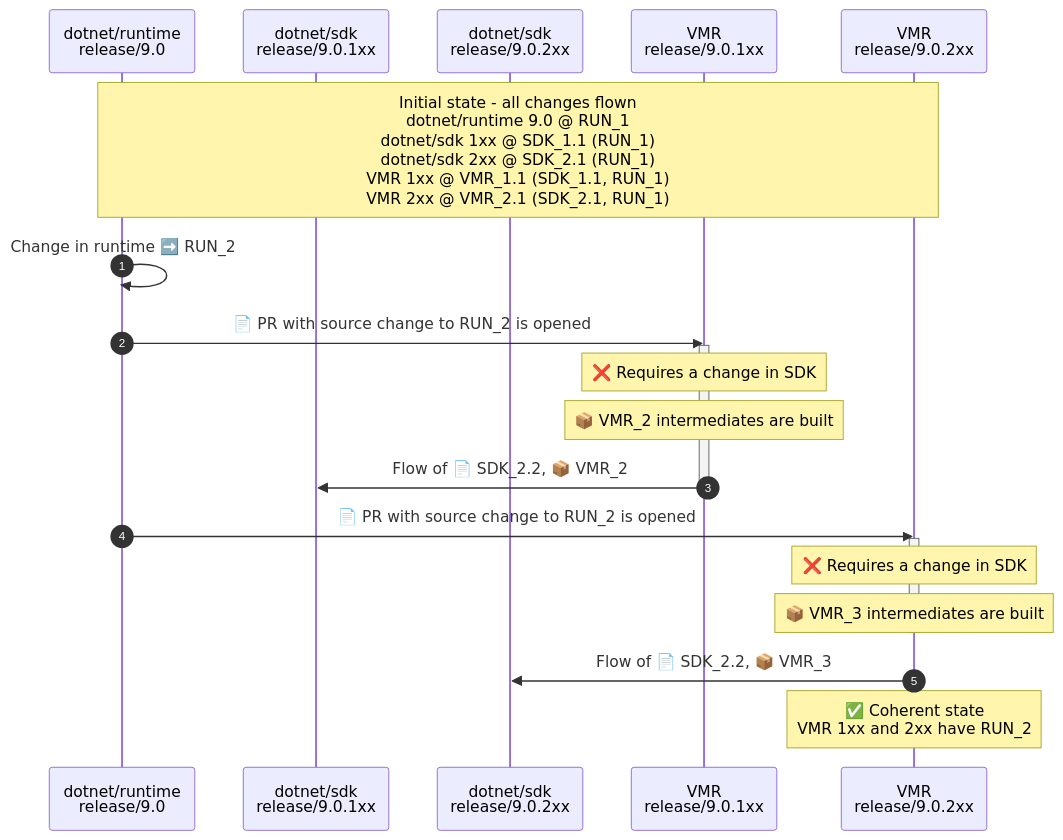
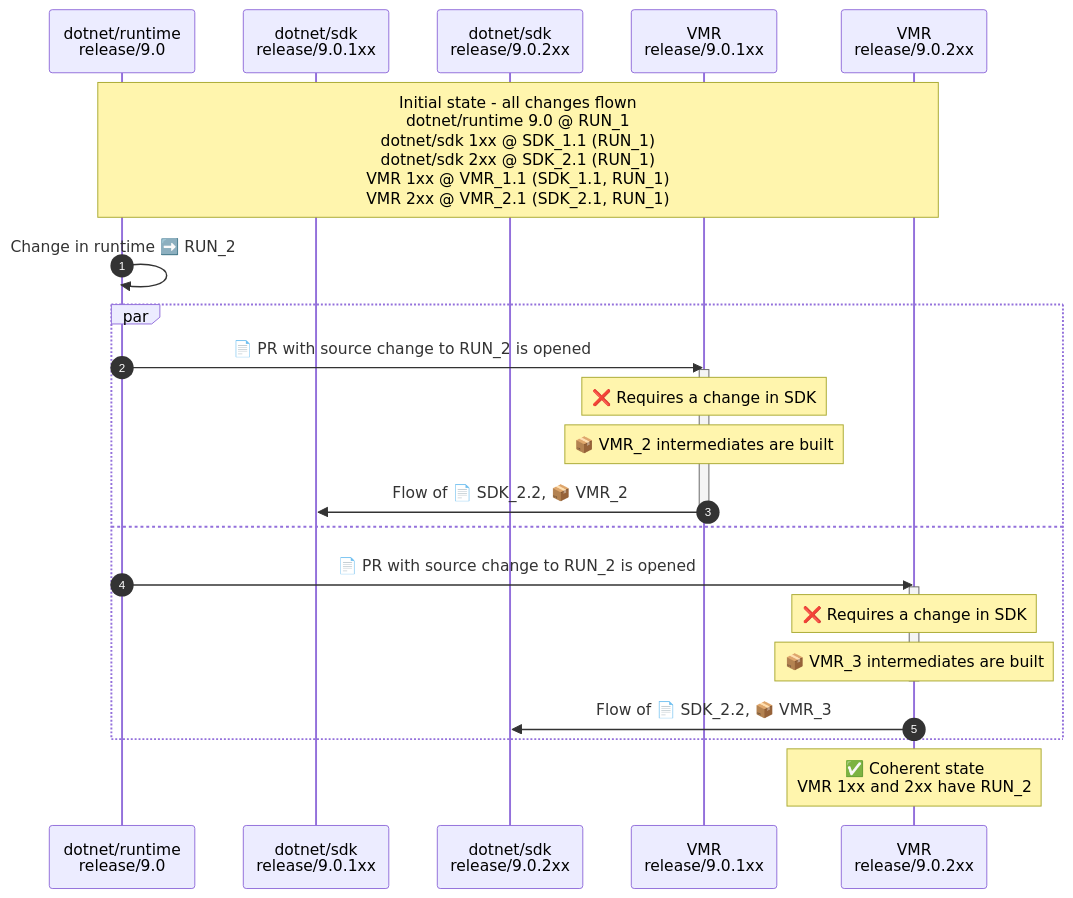
One commit to dotnet/arcade changed the seventh of 8 diagrams in Documentation/UnifiedBuild/VMR-Managing-SDK-Bands.md. Above: the diagram before and after it, drawn with Mermaid. The commit also changed other lines of this file, not shown here.

````diff
--- a/Documentation/UnifiedBuild/VMR-Managing-SDK-Bands.md
+++ b/Documentation/UnifiedBuild/VMR-Managing-SDK-Bands.md
@@ -339,31 +343,33 @@
 ```mermaid
 sequenceDiagram
     autonumber
 
     participant runtime as dotnet/runtime<br />release/9.0
     participant SDK_1xx as dotnet/sdk<br />release/9.0.1xx
     participant SDK_2xx as dotnet/sdk<br />release/9.0.2xx
     participant VMR_1xx as VMR<br />release/9.0.1xx
     participant VMR_2xx as VMR<br />release/9.0.2xx
 
     Note over runtime, VMR_2xx: Initial state - all changes flown<br />dotnet/runtime 9.0 @ RUN_1<br />dotnet/sdk 1xx @ SDK_1.1 (RUN_1)<br />dotnet/sdk 2xx @ SDK_2.1 (RUN_1)<br />VMR 1xx @ VMR_1.1 (SDK_1.1, RUN_1)<br />VMR 2xx @ VMR_2.1 (SDK_2.1, RUN_1)
 
     # Change in SDK+runtime
     runtime->>runtime: Change in runtime ➡️ RUN_2
 
-    runtime->>VMR_1xx: 📄 PR with source change to RUN_2 is opened
-    activate VMR_1xx
-    Note over VMR_1xx: ❌ Requires a change in SDK
-    Note over VMR_1xx: 📦 VMR_2 intermediates are built
-    VMR_1xx->>SDK_1xx: Flow of 📄 SDK_2.2, 📦 VMR_2
-    deactivate VMR_1xx
-
-    runtime->>VMR_2xx: 📄 PR with source change to RUN_2 is opened
-    activate VMR_2xx
-    Note over VMR_2xx: ❌ Requires a change in SDK
-    Note over VMR_2xx: 📦 VMR_3 intermediates are built
-    deactivate VMR_2xx
-    VMR_2xx->>SDK_2xx: Flow of 📄 SDK_2.2, 📦 VMR_3
+    par
+        runtime->>VMR_1xx: 📄 PR with source change to RUN_2 is opened
+        activate VMR_1xx
+        Note over VMR_1xx: ❌ Requires a change in SDK
+        Note over VMR_1xx: 📦 VMR_2 intermediates are built
+        VMR_1xx->>SDK_1xx: Flow of 📄 SDK_2.2, 📦 VMR_2
+        deactivate VMR_1xx
+    and
+        runtime->>VMR_2xx: 📄 PR with source change to RUN_2 is opened
+        activate VMR_2xx
+        Note over VMR_2xx: ❌ Requires a change in SDK
+        Note over VMR_2xx: 📦 VMR_3 intermediates are built
+        deactivate VMR_2xx
+        VMR_2xx->>SDK_2xx: Flow of 📄 SDK_2.2, 📦 VMR_3
+    end
 
     Note over VMR_2xx: ✅ Coherent state<br />VMR 1xx and 2xx have RUN_2
 ```
````
